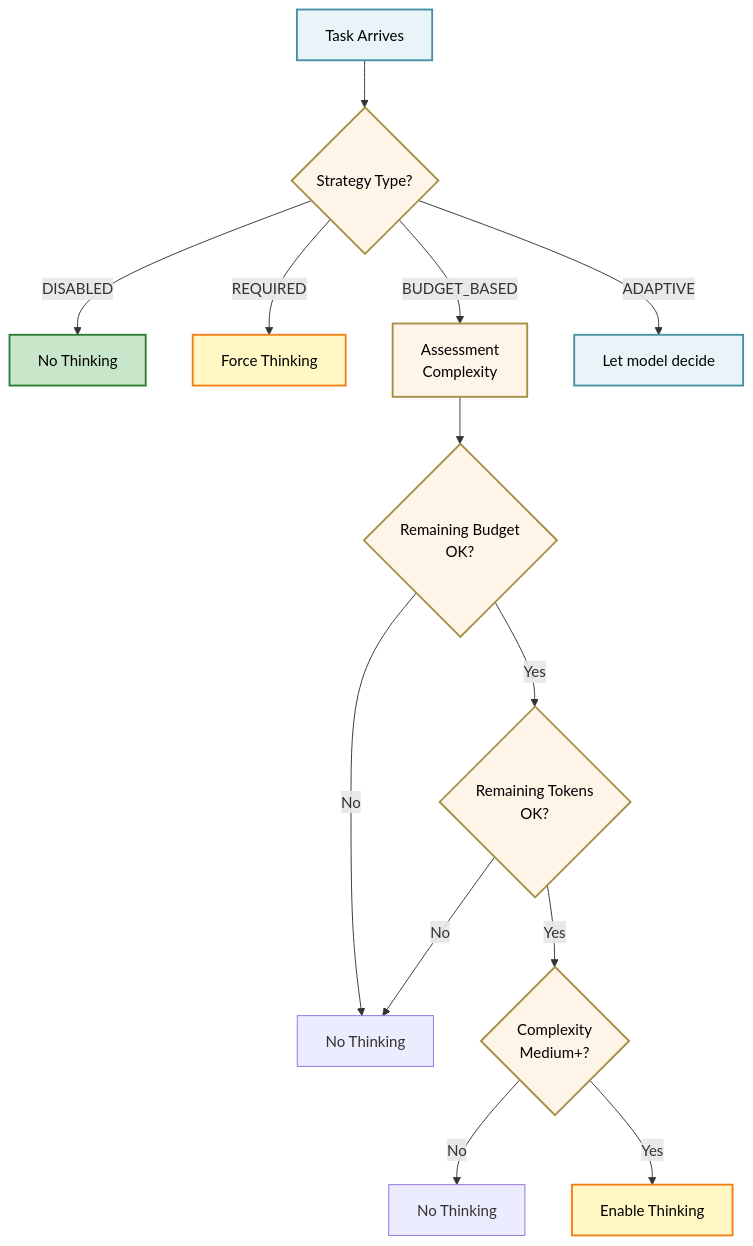
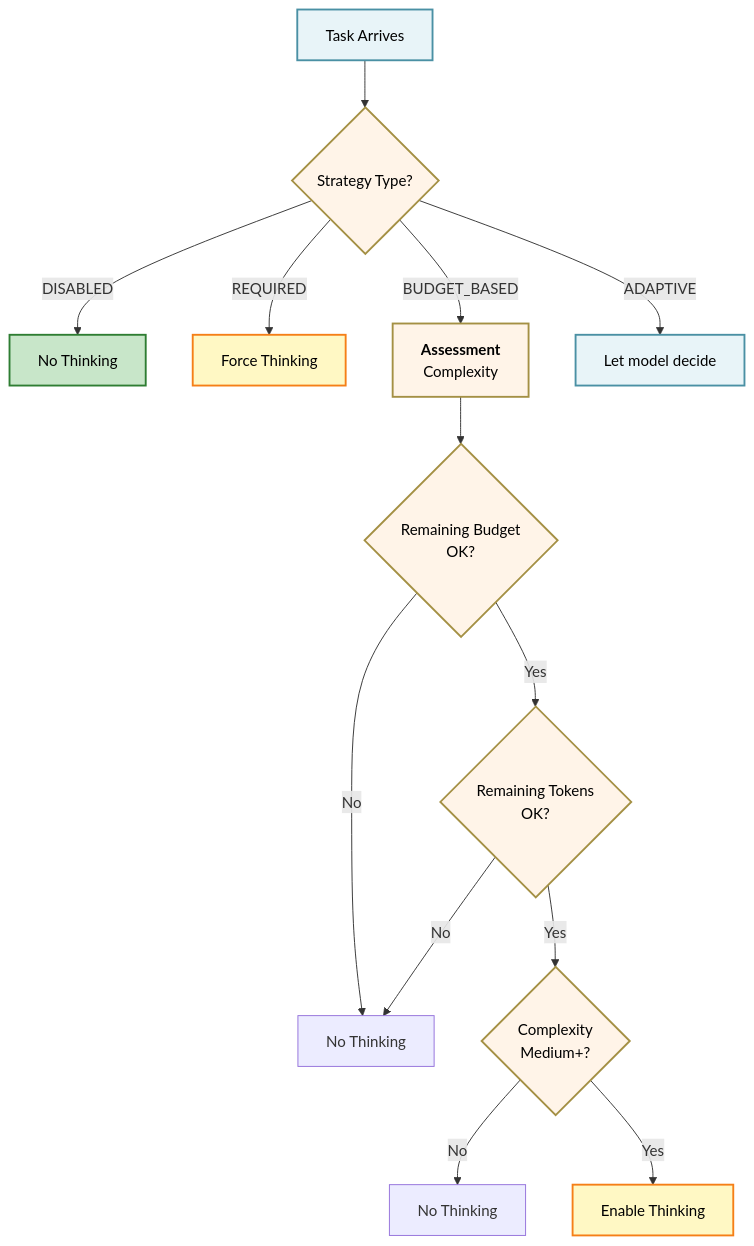
Before and after one commit to yeasy/harness_engineering_guide: the fifth of 6 diagrams in 07_model_integration/summary.md, drawn with Mermaid. The commit also changed other lines of this file and 26 other files, not shown here.

Commit message:
Add bold titles to Mermaid diagram nodes

````diff
--- a/07_model_integration/summary.md
+++ b/07_model_integration/summary.md
@@ -178,26 +178,26 @@
 ```mermaid
 graph TD
     A["Task Arrives"] --> B{Strategy Type?}
     B -->|DISABLED| C["No Thinking"]
     B -->|REQUIRED| D["Force Thinking"]
-    B -->|BUDGET_BASED| E["Assessment<br/>Complexity"]
+    B -->|BUDGET_BASED| E["<b>Assessment</b><br/>Complexity"]
     B -->|ADAPTIVE| F["Let model decide"]
     E --> G{Remaining Budget<br/>OK?}
     G -->|No| H["No Thinking"]
     G -->|Yes| I{Remaining Tokens<br/>OK?}
     I -->|No| H
     I -->|Yes| J{Complexity<br/>Medium+?}
     J -->|No| K["No Thinking"]
     J -->|Yes| L["Enable Thinking"]
 
     style A fill:#e8f4f8,stroke:#4a90a4,stroke-width:2px,color:#000000
     style B fill:#fff4e8,stroke:#a49044,stroke-width:2px,color:#000000
     style C fill:#c8e6c9,stroke:#2e7d32,stroke-width:2px,color:#000000
     style D fill:#fff8c4,stroke:#f57f17,stroke-width:2px,color:#000000
     style E fill:#fff4e8,stroke:#a49044,stroke-width:2px,color:#000000
     style F fill:#e8f4f8,stroke:#4a90a4,stroke-width:2px,color:#000000
     style G fill:#fff4e8,stroke:#a49044,stroke-width:2px,color:#000000
     style I fill:#fff4e8,stroke:#a49044,stroke-width:2px,color:#000000
     style J fill:#fff4e8,stroke:#a49044,stroke-width:2px,color:#000000
     style L fill:#fff8c4,stroke:#f57f17,stroke-width:2px,color:#000000
 ```
````
